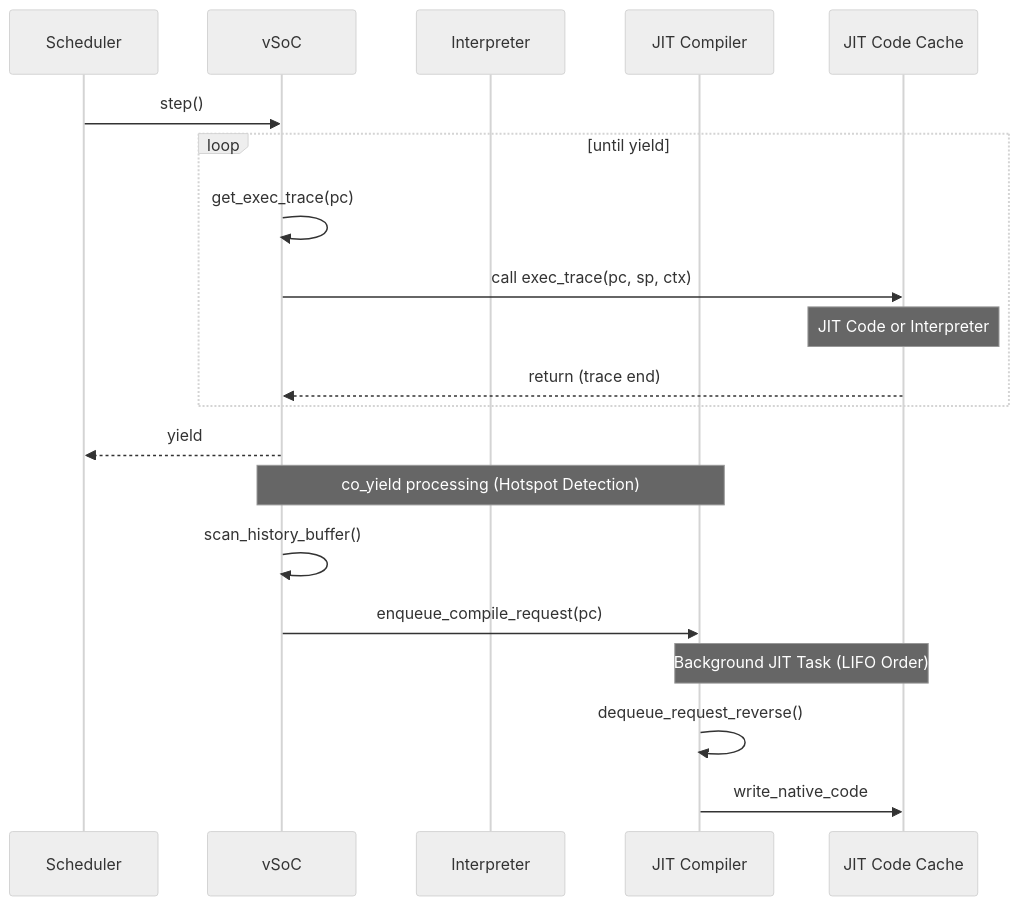
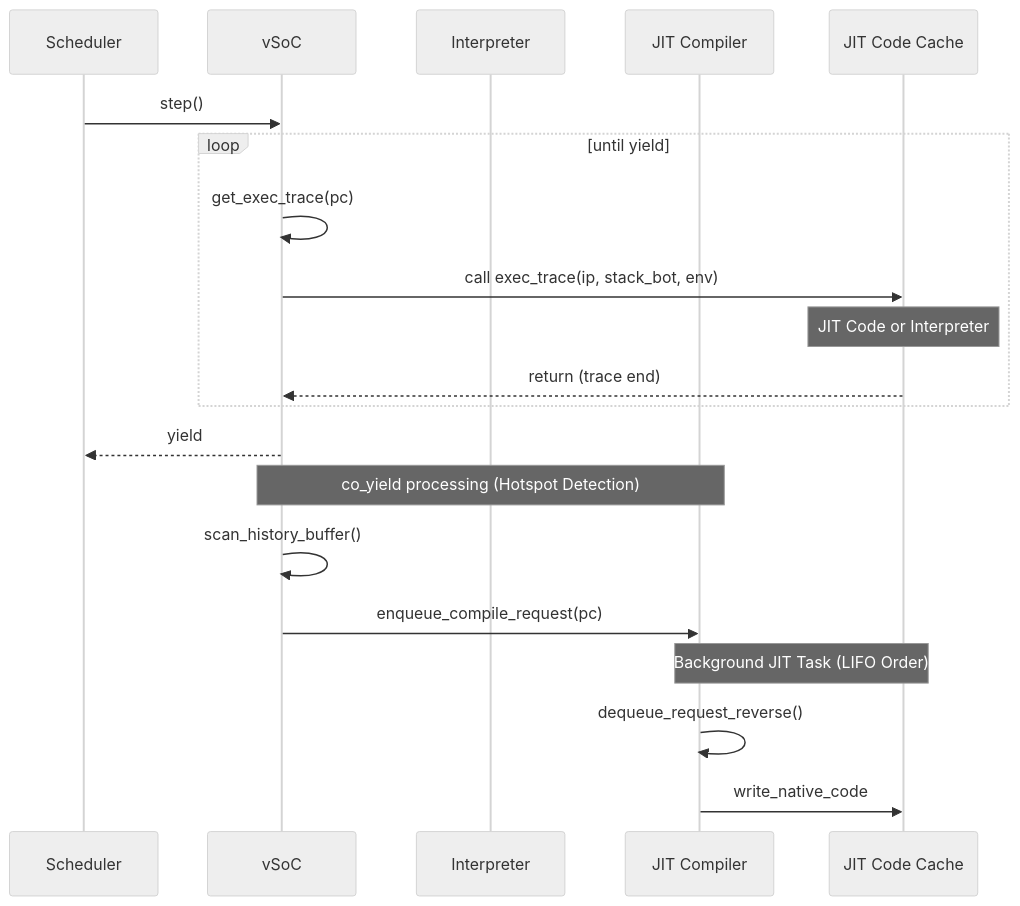
Before and after one commit to kmt-t/fireball: the third of 4 diagrams in docs/components/tier2_runtime/runtime_vsoc.md, drawn with Mermaid (neutral theme). The commit also changed other lines of this file and 24 other files, not shown here.

````diff
--- a/docs/components/tier2_runtime/runtime_vsoc.md
+++ b/docs/components/tier2_runtime/runtime_vsoc.md
@@ -251,25 +247,25 @@
 ```mermaid
 sequenceDiagram
     participant S as Scheduler
     participant V as vSoC
     participant I as Interpreter
     participant J as JIT Compiler
     participant C as JIT Code Cache
     
     S->>V: step()
     loop until yield
         V->>V: get_exec_trace(pc)
-        V->>C: call exec_trace(pc, sp, ctx)
+        V->>C: call exec_trace(ip, stack_bot, env)
         Note over C: JIT Code or Interpreter
         C-->>V: return (trace end)
     end
     V-->>S: yield
     
     Note over V,J: co_yield processing (Hotspot Detection)
     V->>V: scan_history_buffer()
     V->>J: enqueue_compile_request(pc)
     
     Note over J,C: Background JIT Task (LIFO Order)
     J->>J: dequeue_request_reverse()
     J->>C: write_native_code
 ```
````
